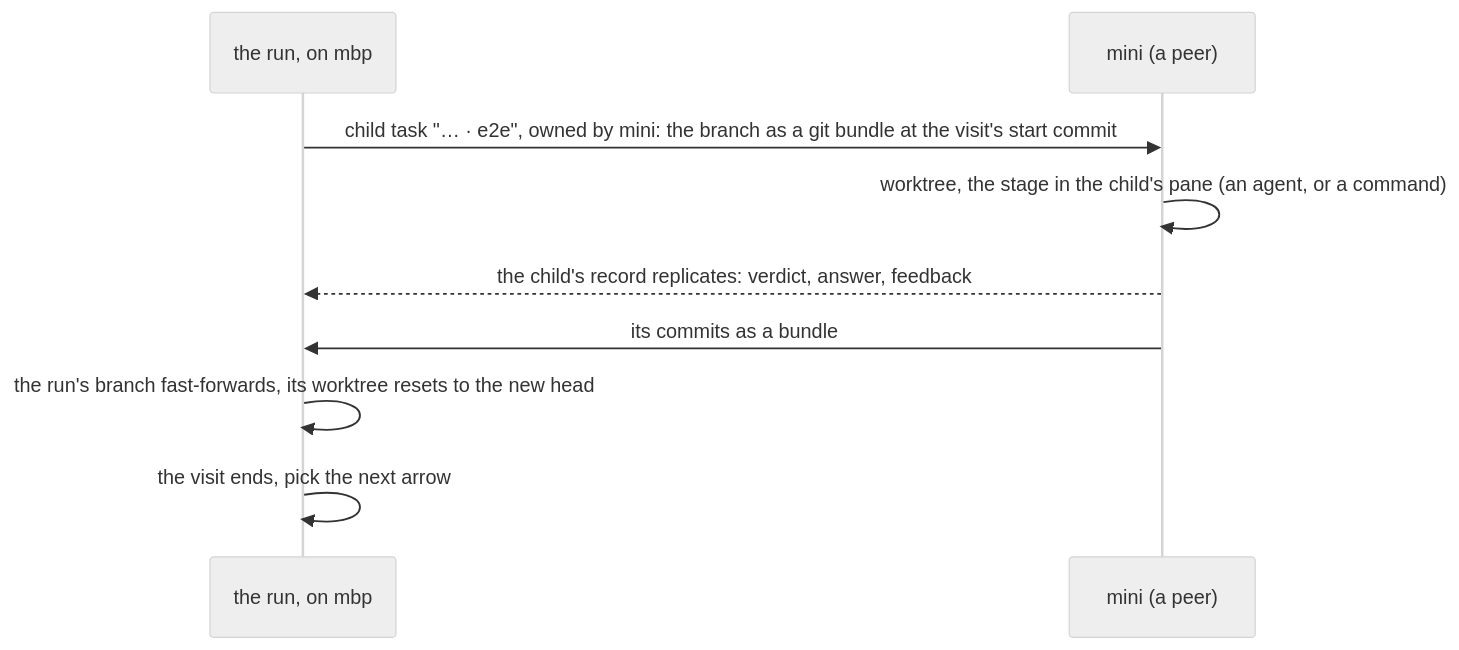
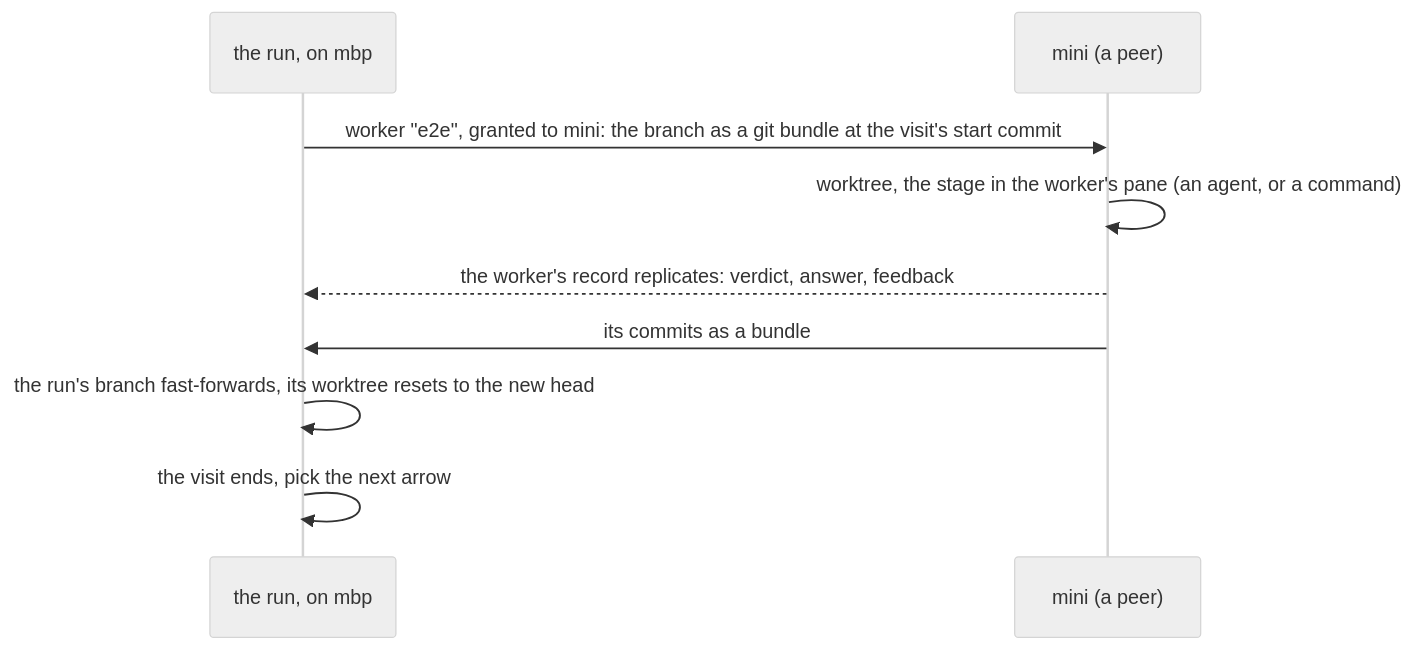
The fourth of 4 diagrams in docs/specs/software-factory.md (tampopogk/kanna), drawn with Mermaid (neutral theme) before and after one commit. The commit also changed other lines of this file and 9 other files, not shown here.

Commit message:
Software factory: a run is one task everywhere tasks show; its fan-out parts and remote stages are workers inside the run (a worktree and a tab of the run's window each, pipelines.workers at a time, listed on the Run tab), never tasks on the Shelf, the Desk, the strip or task list

````diff
--- a/docs/specs/software-factory.md
+++ b/docs/specs/software-factory.md
@@ -85,11 +85,11 @@
 ```mermaid
 sequenceDiagram
     participant R as the run, on mbp
     participant M as mini (a peer)
-    R->>M: child task "… · e2e", owned by mini: the branch as a git bundle at the visit's start commit
-    M->>M: worktree, the stage in the child's pane (an agent, or a command)
-    M-->>R: the child's record replicates: verdict, answer, feedback
+    R->>M: worker "e2e", granted to mini: the branch as a git bundle at the visit's start commit
+    M->>M: worktree, the stage in the worker's pane (an agent, or a command)
+    M-->>R: the worker's record replicates: verdict, answer, feedback
     M->>R: its commits as a bundle
     R->>R: the run's branch fast-forwards, its worktree resets to the new head
     R->>R: the visit ends, pick the next arrow
 ```
````
